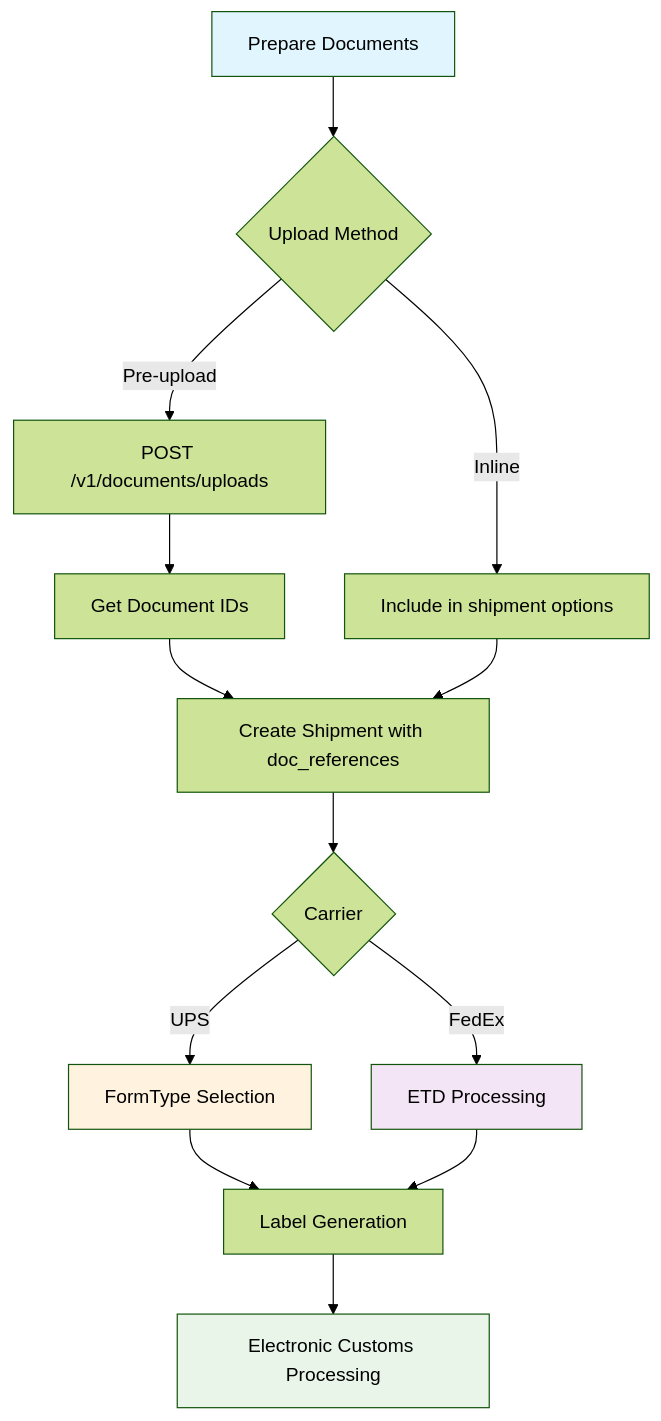
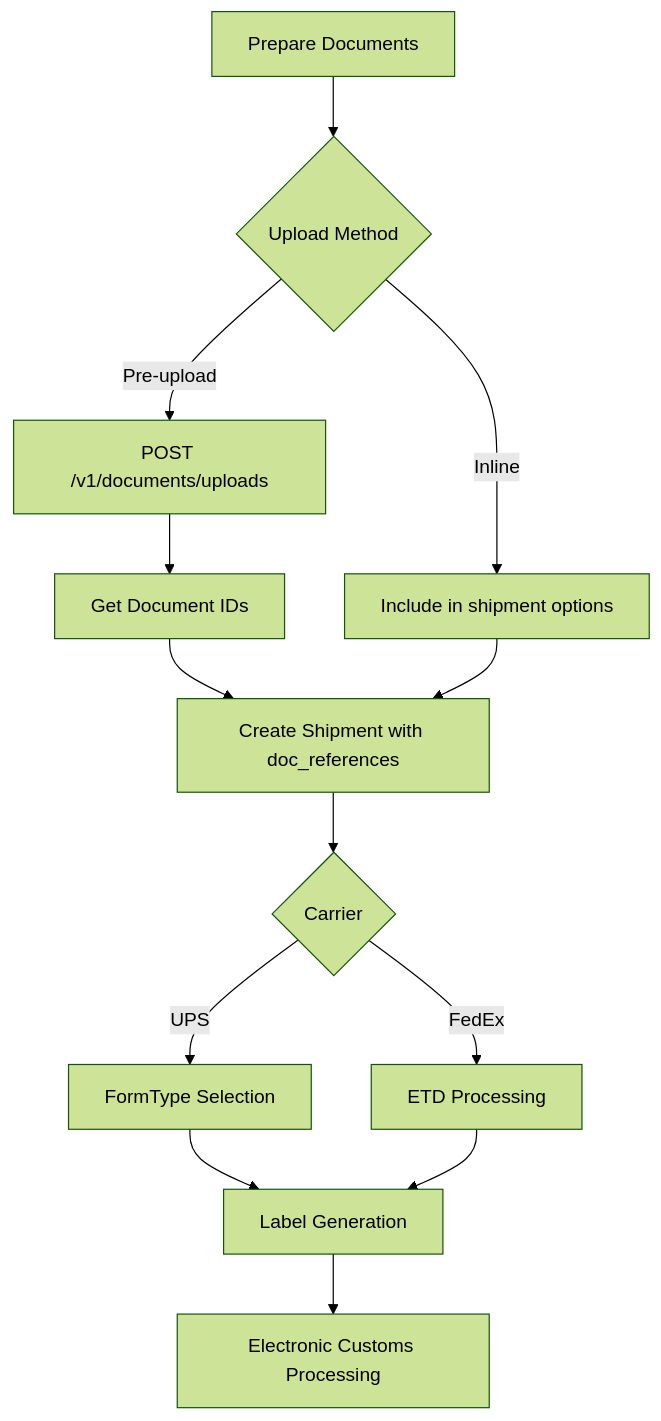
Before and after one commit to karrioapi/karrio: the diagram in apps/web/src/app/docs/products/shipments/paperless-trade/page.mdx, drawn with Mermaid (forest theme). The commit also changed 34 other files, not shown here.

````diff
--- a/apps/web/src/app/docs/products/shipments/paperless-trade/page.mdx
+++ b/apps/web/src/app/docs/products/shipments/paperless-trade/page.mdx
@@ -300,24 +300,21 @@
 ```mermaid
 flowchart TD
     A[Prepare Documents] --> B{Upload Method}
 
     B -->|Pre-upload| C[POST /v1/documents/uploads]
     B -->|Inline| E[Include in shipment options]
 
     C --> D[Get Document IDs]
     D --> F[Create Shipment with doc_references]
     E --> F
 
     F --> G{Carrier}
     G -->|UPS| H[FormType Selection]
     G -->|FedEx| I[ETD Processing]
 
     H --> J[Label Generation]
     I --> J
     J --> K[Electronic Customs Processing]
 
-    style A fill:#e1f5fe
-    style K fill:#e8f5e8
-    style H fill:#fff3e0
-    style I fill:#f3e5f5
+    
 ```
````
